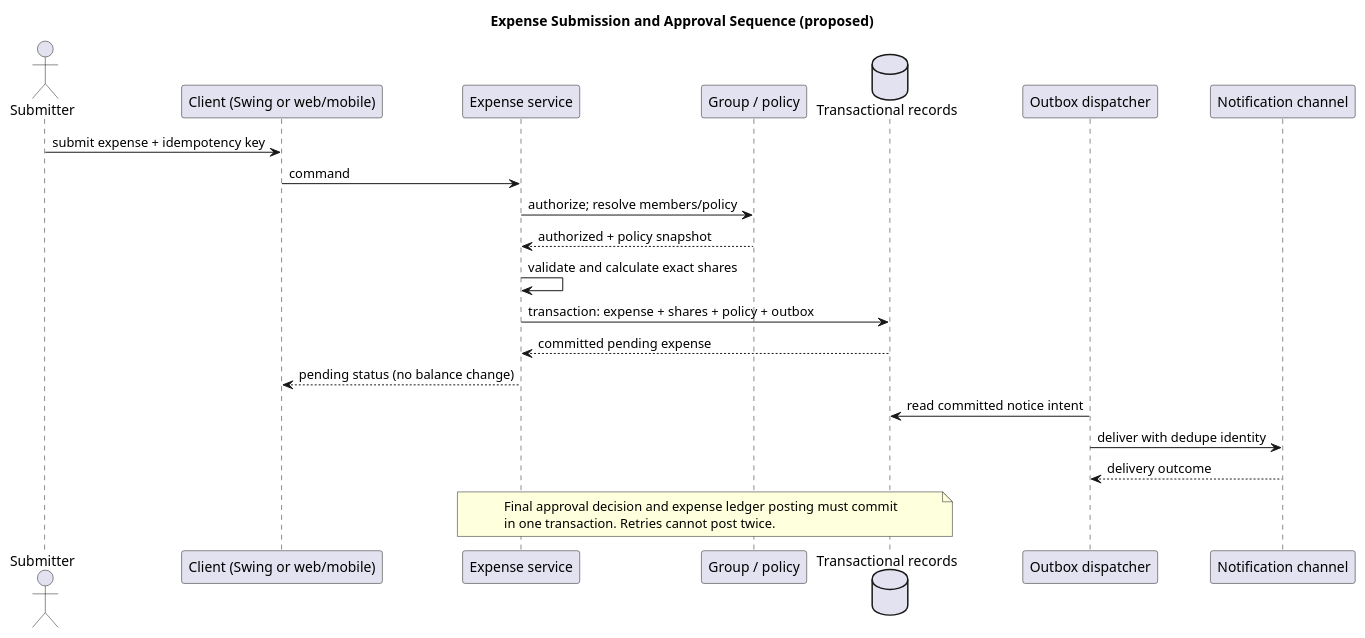
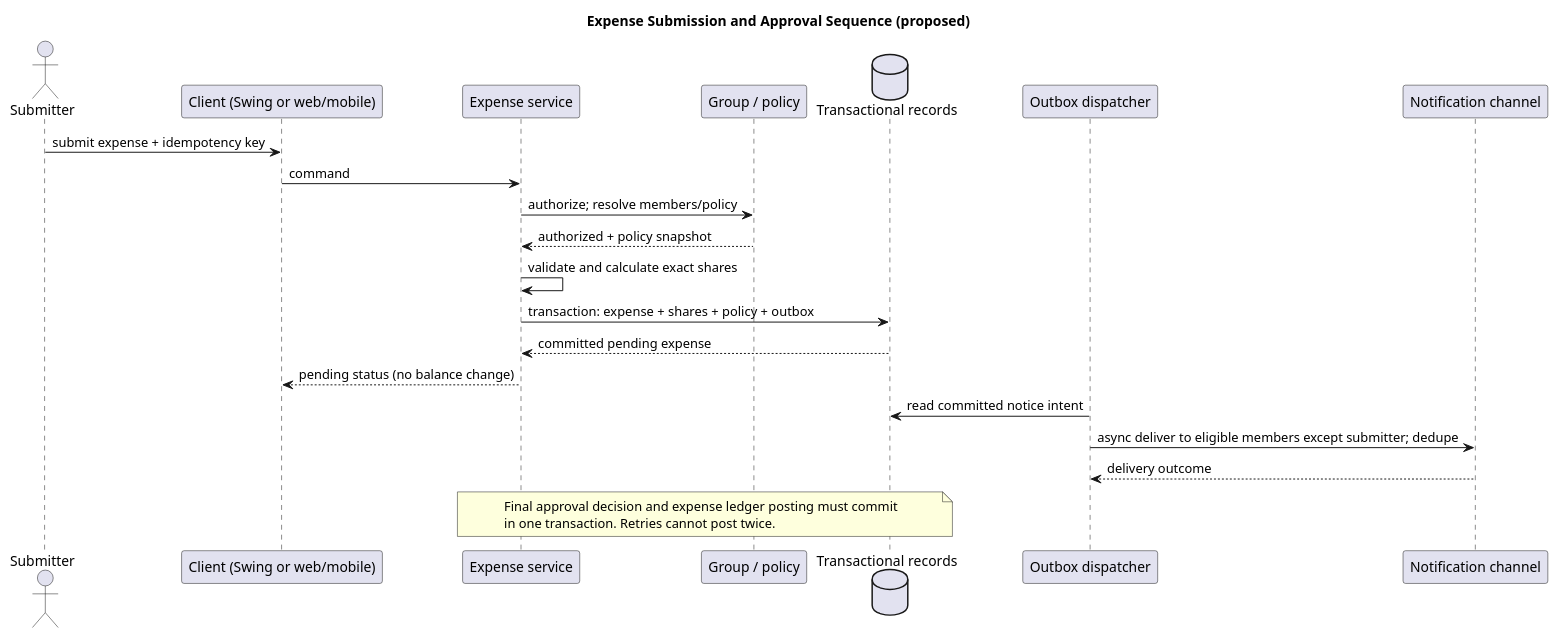
Before and after one commit to calebkra/CIS-285-Lab-6: the diagram in docs/architecture-analysis/consolidated/diagrams/sequence-expense-submission.puml, drawn with PlantUML. The commit also changed 8 other files, not shown here.

```diff
--- a/docs/architecture-analysis/consolidated/diagrams/sequence-expense-submission.puml
+++ b/docs/architecture-analysis/consolidated/diagrams/sequence-expense-submission.puml
@@ -1,25 +1,25 @@
 @startuml
 title Expense Submission and Approval Sequence (proposed)
 actor Submitter
 participant "Client (Swing or web/mobile)" as Client
 participant "Expense service" as Service
 participant "Group / policy" as Policy
 database "Transactional records" as DB
 participant "Outbox dispatcher" as Outbox
 participant "Notification channel" as Notify
 Submitter -> Client : submit expense + idempotency key
 Client -> Service : command
 Service -> Policy : authorize; resolve members/policy
 Policy --> Service : authorized + policy snapshot
 Service -> Service : validate and calculate exact shares
 Service -> DB : transaction: expense + shares + policy + outbox
 DB --> Service : committed pending expense
 Service --> Client : pending status (no balance change)
 Outbox -> DB : read committed notice intent
-Outbox -> Notify : deliver with dedupe identity
+Outbox -> Notify : async deliver to eligible members except submitter; dedupe
 Notify --> Outbox : delivery outcome
 note over Service,DB
 Final approval decision and expense ledger posting must commit
 in one transaction. Retries cannot post twice.
 end note
 @enduml
```
